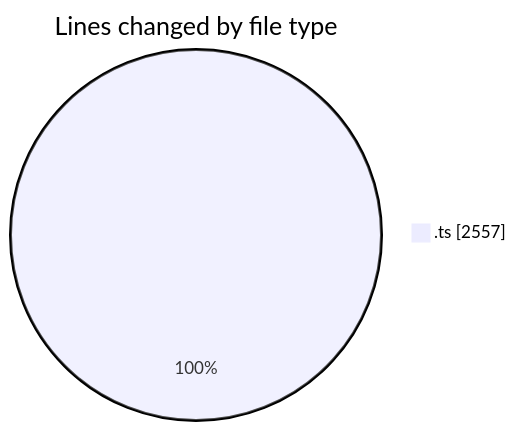
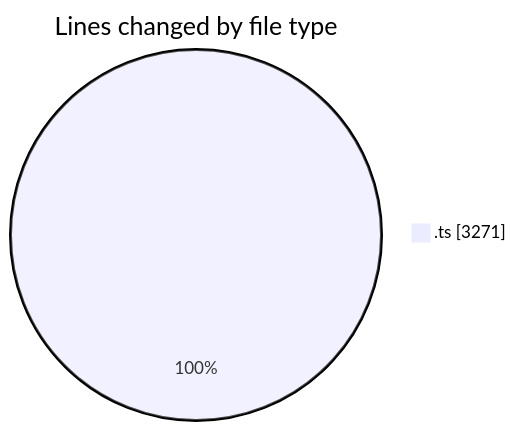
The first of 2 diagrams in 2025-08-08/cda/README.md (momahboobian/code-tracking), drawn with Mermaid before and after one commit. The commit also changed other lines of this file and 1 other file, not shown here.

````diff
--- a/2025-08-08/cda/README.md
+++ b/2025-08-08/cda/README.md
@@ -23,5 +24,5 @@
 ```mermaid
 pie showData
 title Lines changed by file type
-".ts" : 2557
+".ts" : 3271
 ```
````
